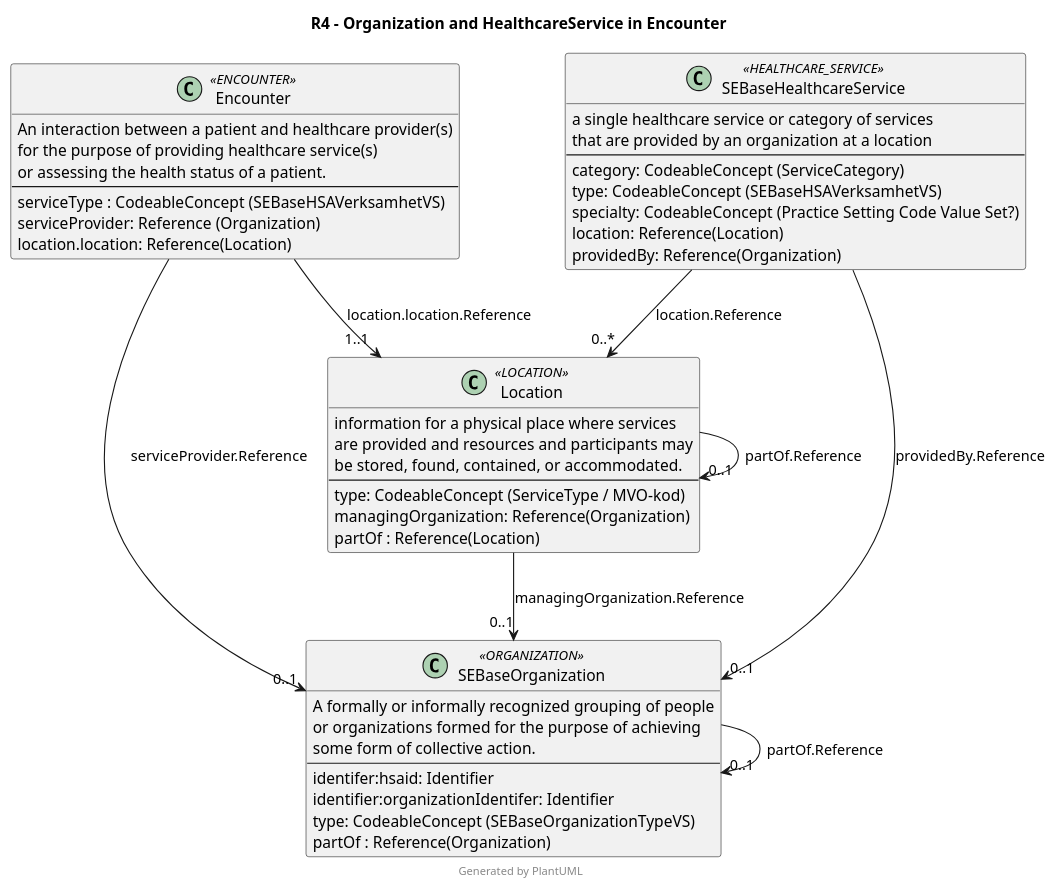
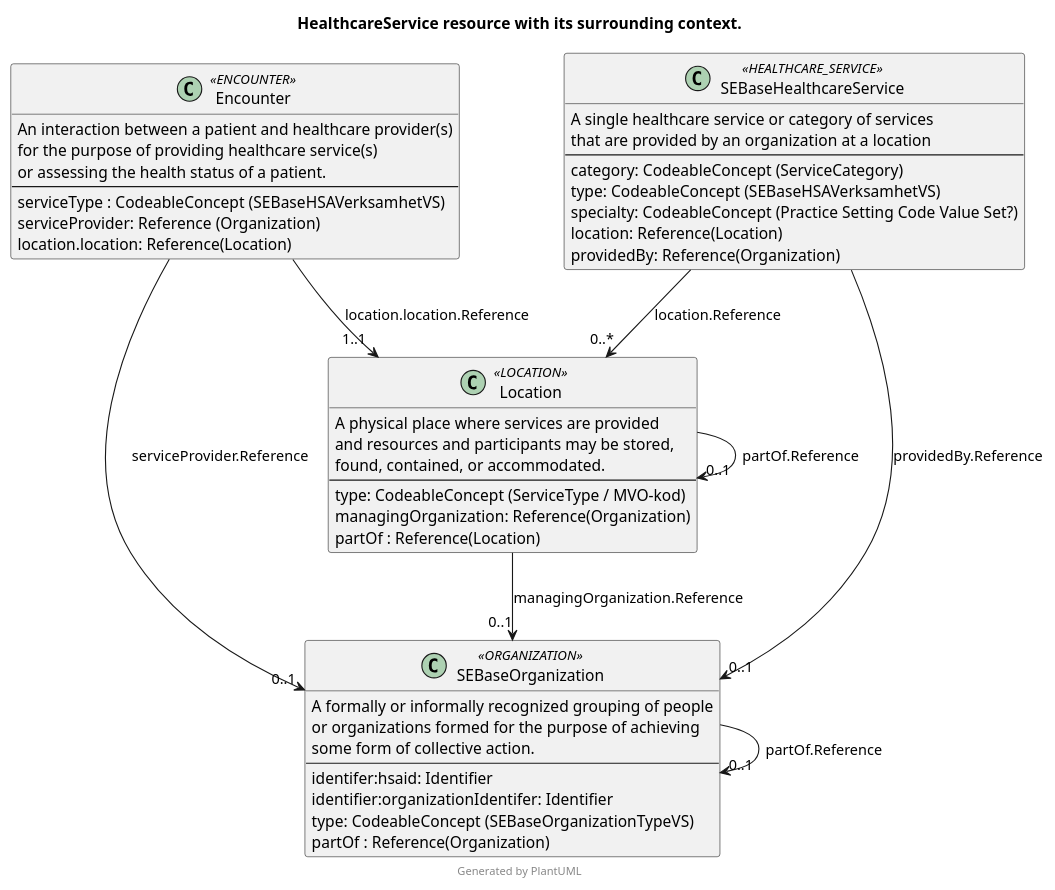
Before and after one commit to HL7Sweden/basprofiler-r4: the diagram in input/images-source/SEBaseHealthcareService.plantuml, drawn with PlantUML.

Commit message:
Updated som texts in uml model.

```diff
--- a/input/images-source/SEBaseHealthcareService.plantuml
+++ b/input/images-source/SEBaseHealthcareService.plantuml
@@ -1,59 +1,59 @@
 @startuml 
-title "R4 - Organization and HealthcareService in Encounter "
+title "HealthcareService resource with its surrounding context."
 skinparam classAttributeIconSize 0
 skinparam roundcorner 5
 
 class "Encounter" as Enc <<ENCOUNTER>> {
     An interaction between a patient and healthcare provider(s)
     for the purpose of providing healthcare service(s)
     or assessing the health status of a patient.
     ---
     serviceType : CodeableConcept (SEBaseHSAVerksamhetVS)
     serviceProvider: Reference (Organization)
     location.location: Reference(Location)
 }
 
 
 class "SEBaseOrganization" as Org <<ORGANIZATION>> {
     A formally or informally recognized grouping of people
     or organizations formed for the purpose of achieving 
     some form of collective action.
     ---
     identifer:hsaid: Identifier
     identifier:organizationIdentifer: Identifier
     type: CodeableConcept (SEBaseOrganizationTypeVS) 
     partOf : Reference(Organization)
 }
 
 class "SEBaseHealthcareService" as HSvc <<HEALTHCARE_SERVICE>> {
-    a single healthcare service or category of services
+    A single healthcare service or category of services
     that are provided by an organization at a location
     ---
     category: CodeableConcept (ServiceCategory)
     type: CodeableConcept (SEBaseHSAVerksamhetVS)
     specialty: CodeableConcept (Practice Setting Code Value Set?) 
     location: Reference(Location)
     providedBy: Reference(Organization)
 }
 
 class "Location" as Loc <<LOCATION>> {
-    information for a physical place where services 
-    are provided and resources and participants may
-    be stored, found, contained, or accommodated.
+    A physical place where services are provided 
+    and resources and participants may be stored, 
+    found, contained, or accommodated.
     ---
     type: CodeableConcept (ServiceType / MVO-kod)
     managingOrganization: Reference(Organization)
     partOf : Reference(Location)
 }
 
 
 Enc --> "0..1" Org : "serviceProvider.Reference"
 HSvc --> "0..1" Org : "providedBy.Reference"
 Org --> "0..1" Org : "partOf.Reference"
 HSvc --> "0..*" Loc : "location.Reference"
 Enc --> "1..1" Loc : "location.location.Reference"
 Loc --> "0..1" Org : "managingOrganization.Reference"
 Loc --> "0..1" Loc : "partOf.Reference"
 footer Generated by PlantUML
 
 @enduml
```
